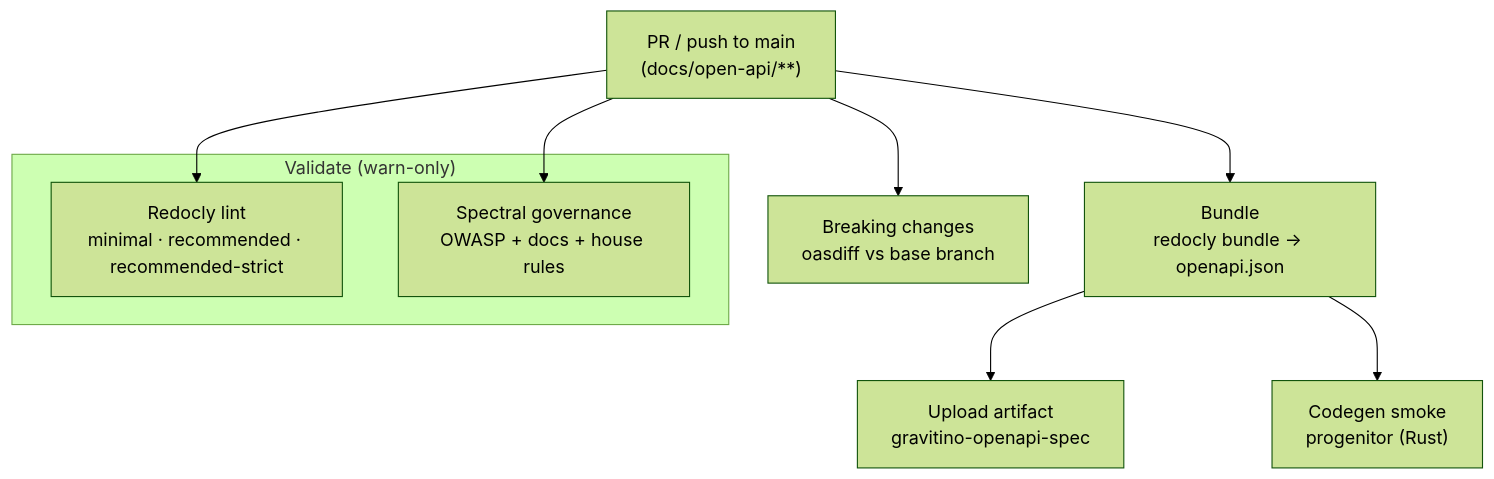
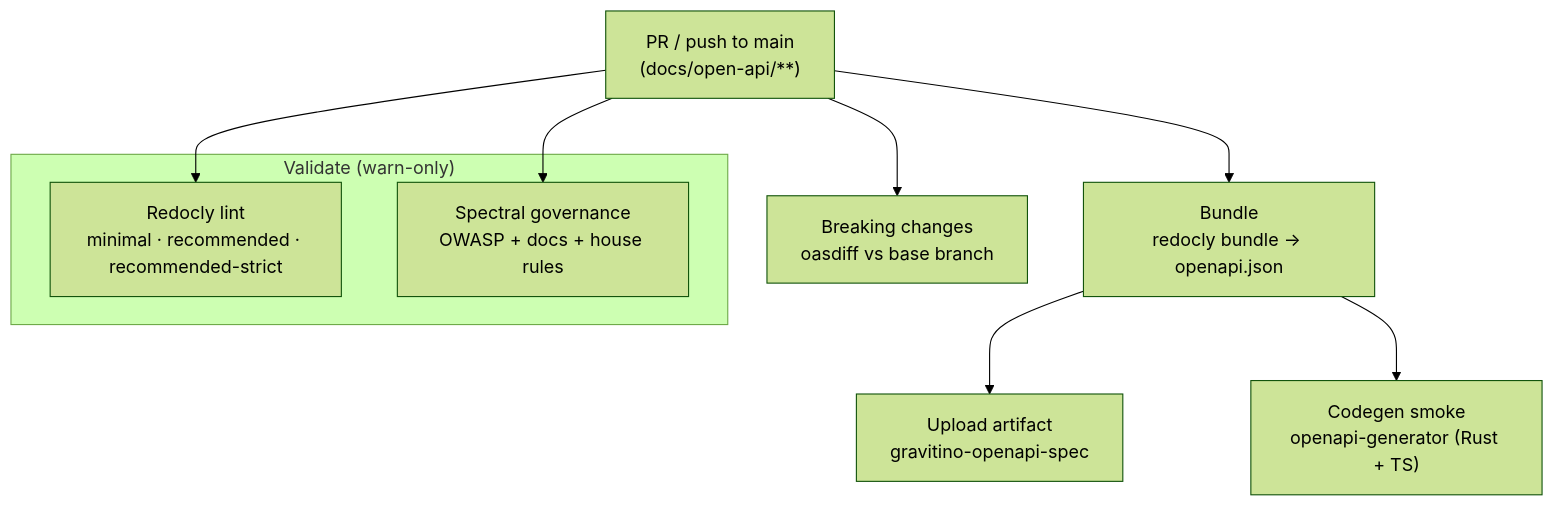
One commit to apache/gravitino changed the diagram in docs/openapi-validation-and-publishing.md. Above: the diagram before and after it, drawn with Mermaid (forest theme). The commit also changed other lines of this file and 2 other files, not shown here.

First line of the commit message:
[#11985] ci(openapi): use openapi-generator for the codegen gate, drop progenitor

````diff
--- a/docs/openapi-validation-and-publishing.md
+++ b/docs/openapi-validation-and-publishing.md
@@ -38,13 +38,13 @@
 ```mermaid
 flowchart TD
     trigger["PR / push to main<br/>(docs/open-api/**)"] --> redocly
     trigger --> spectral
     subgraph validate["Validate (warn-only)"]
         redocly["Redocly lint<br/>minimal · recommended · recommended-strict"]
         spectral["Spectral governance<br/>OWASP + docs + house rules"]
     end
     trigger --> bundle["Bundle<br/>redocly bundle → openapi.json"]
     bundle --> artifact["Upload artifact<br/>gravitino-openapi-spec"]
-    bundle --> codegen["Codegen smoke<br/>progenitor (Rust)"]
+    bundle --> codegen["Codegen smoke<br/>openapi-generator (Rust + TS)"]
     trigger --> oasdiff["Breaking changes<br/>oasdiff vs base branch"]
 ```
````
